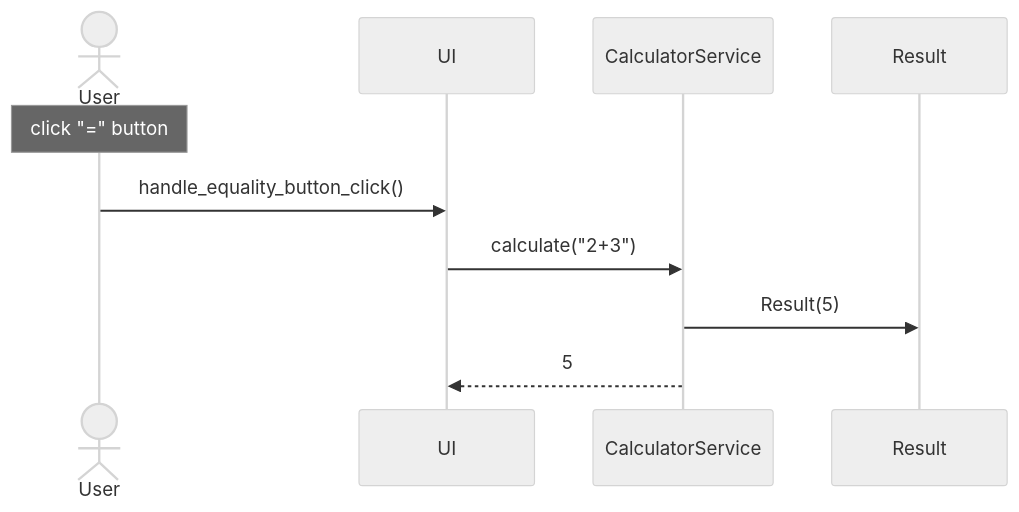
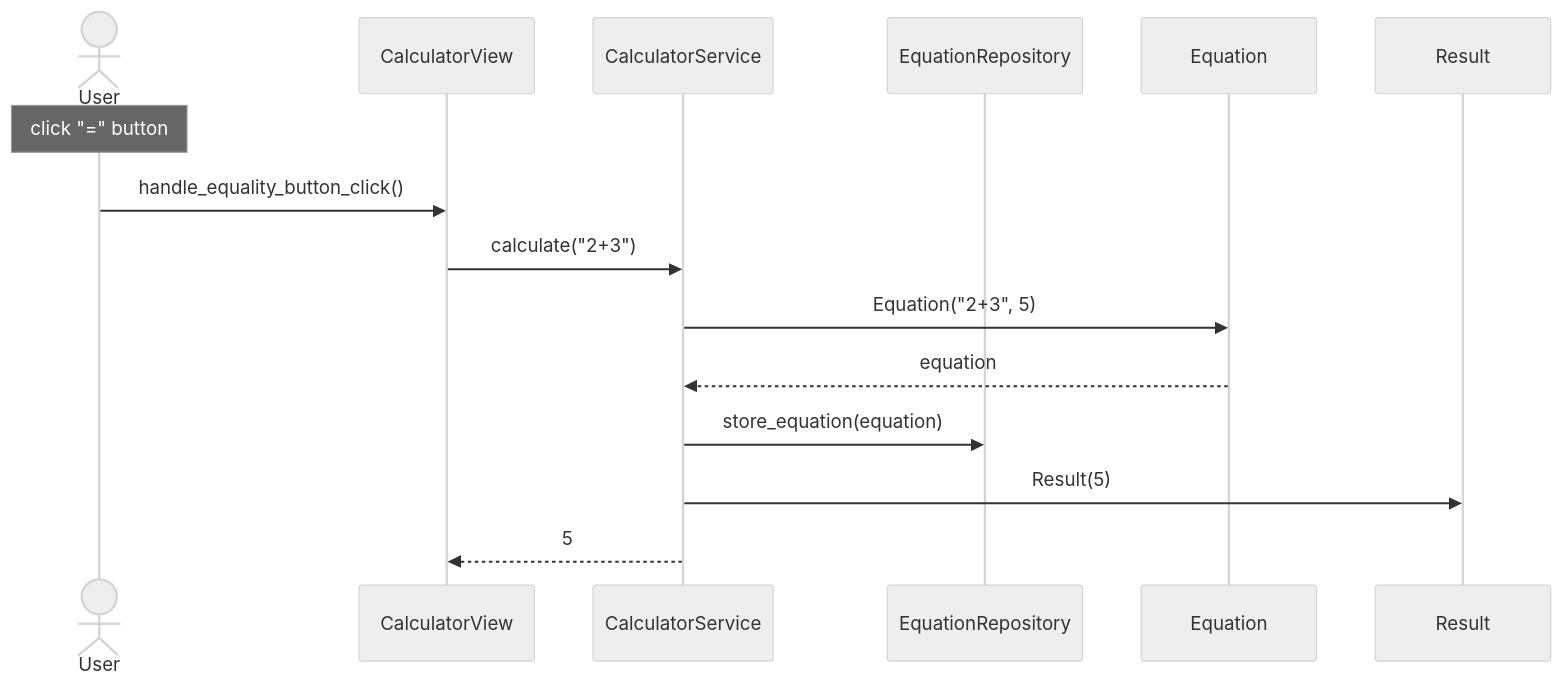
Before and after one commit to Deepthetics/calculator: the second of 4 diagrams in dokumentaatio/arkkitehtuuri.md, drawn with Mermaid (neutral theme). The commit also changed other lines of this file, not shown here.

````diff
--- a/dokumentaatio/arkkitehtuuri.md
+++ b/dokumentaatio/arkkitehtuuri.md
@@ -66,12 +66,17 @@
 ```mermaid
 sequenceDiagram
   actor User
-  participant UI
+  participant CalculatorView
   participant CalculatorService
+  participant EquationRepository
+  participant Equation
   participant Result
   Note over User: click "=" button
-  User->>UI: handle_equality_button_click()
-  UI->>CalculatorService: calculate("2+3")
+  User->>CalculatorView: handle_equality_button_click()
+  CalculatorView->>CalculatorService: calculate("2+3")
+  CalculatorService->>Equation: Equation("2+3", 5)
+  Equation-->>CalculatorService: equation
+  CalculatorService->>EquationRepository: store_equation(equation)
   CalculatorService->>Result: Result(5)
-  CalculatorService-->>UI: 5
+  CalculatorService-->>CalculatorView: 5
 ```
````
